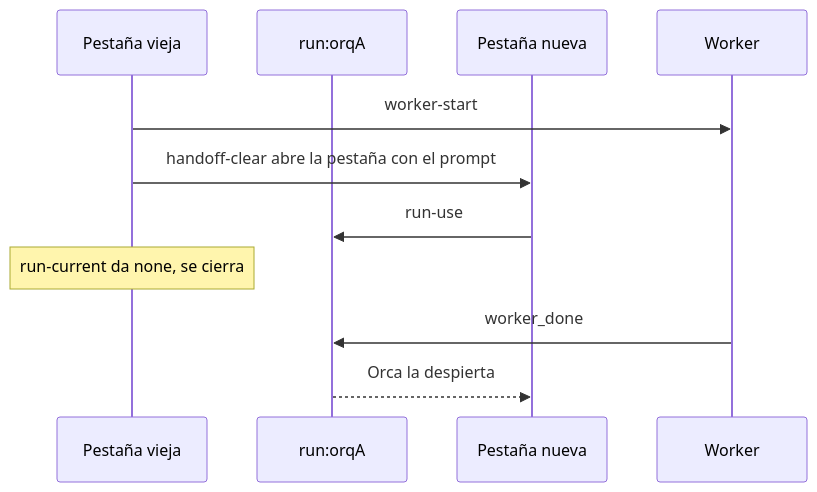
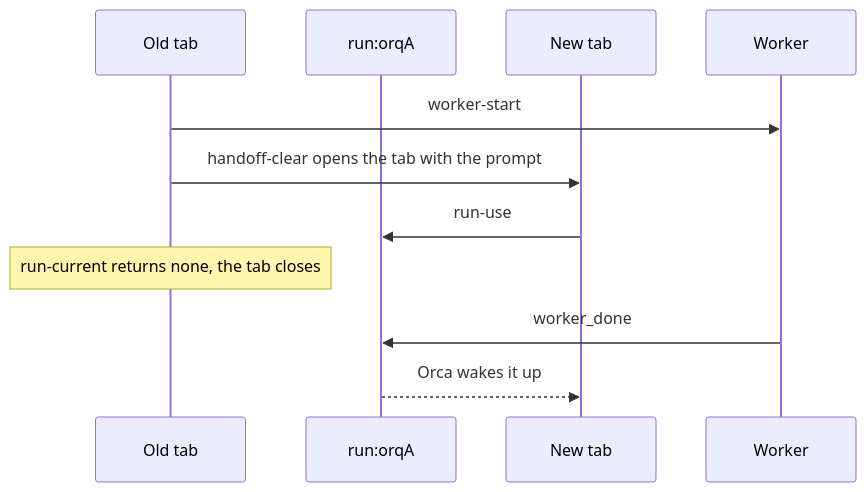
One commit to Ranteck/supervisar changed the second of 2 diagrams in README.md. Above: the diagram before and after it, drawn with Mermaid. The commit also changed other lines of this file and 1 other file, not shown here.

````diff
--- a/README.md
+++ b/README.md
@@ -148,13 +152,13 @@
 ```mermaid
 sequenceDiagram
-  participant V as Pestaña vieja
+  participant V as Old tab
   participant R as run:orqA
-  participant N as Pestaña nueva
+  participant N as New tab
   participant W as Worker
   V->>W: worker-start
-  V->>N: handoff-clear abre la pestaña con el prompt
+  V->>N: handoff-clear opens the tab with the prompt
   N->>R: run-use
-  Note over V: run-current da none, se cierra
+  Note over V: run-current returns none, the tab closes
   W->>R: worker_done
-  R-->>N: Orca la despierta
+  R-->>N: Orca wakes it up
 ```
````
